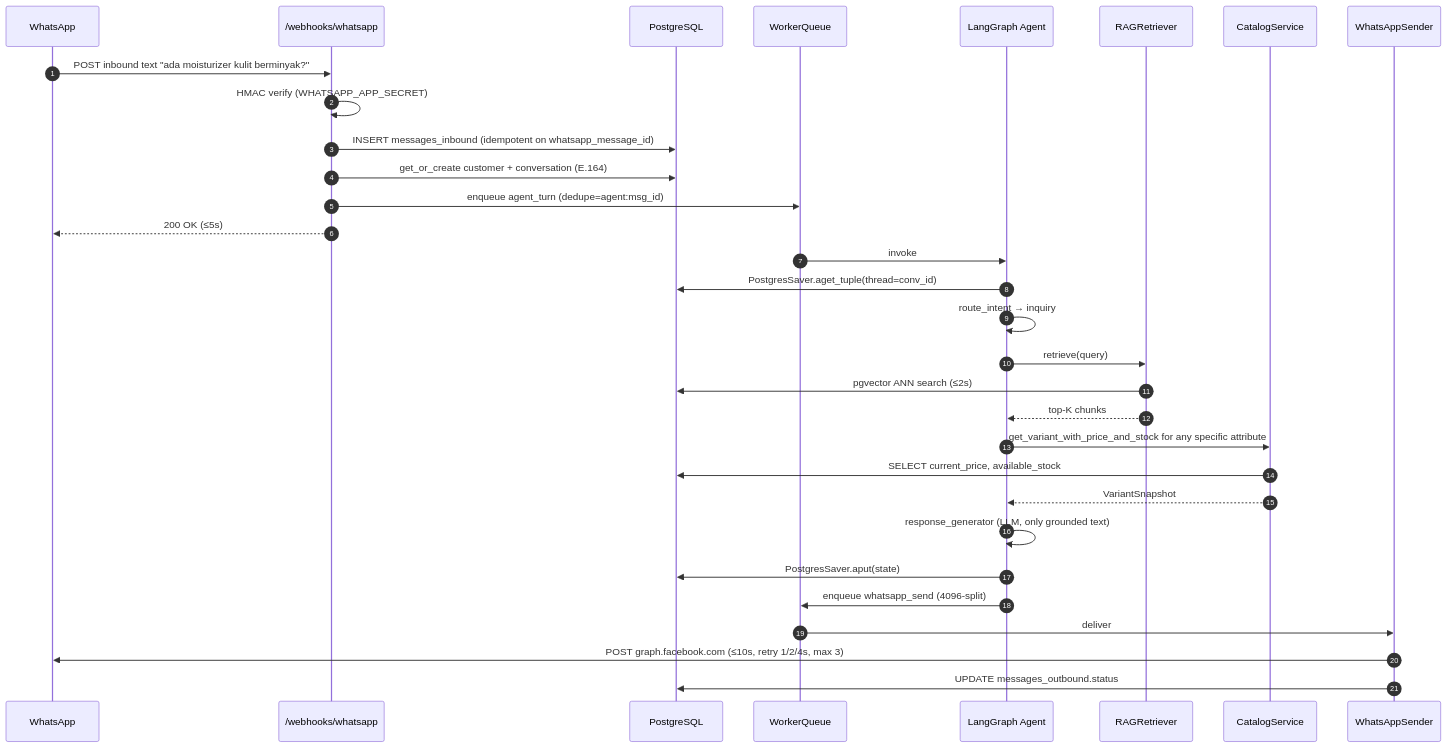
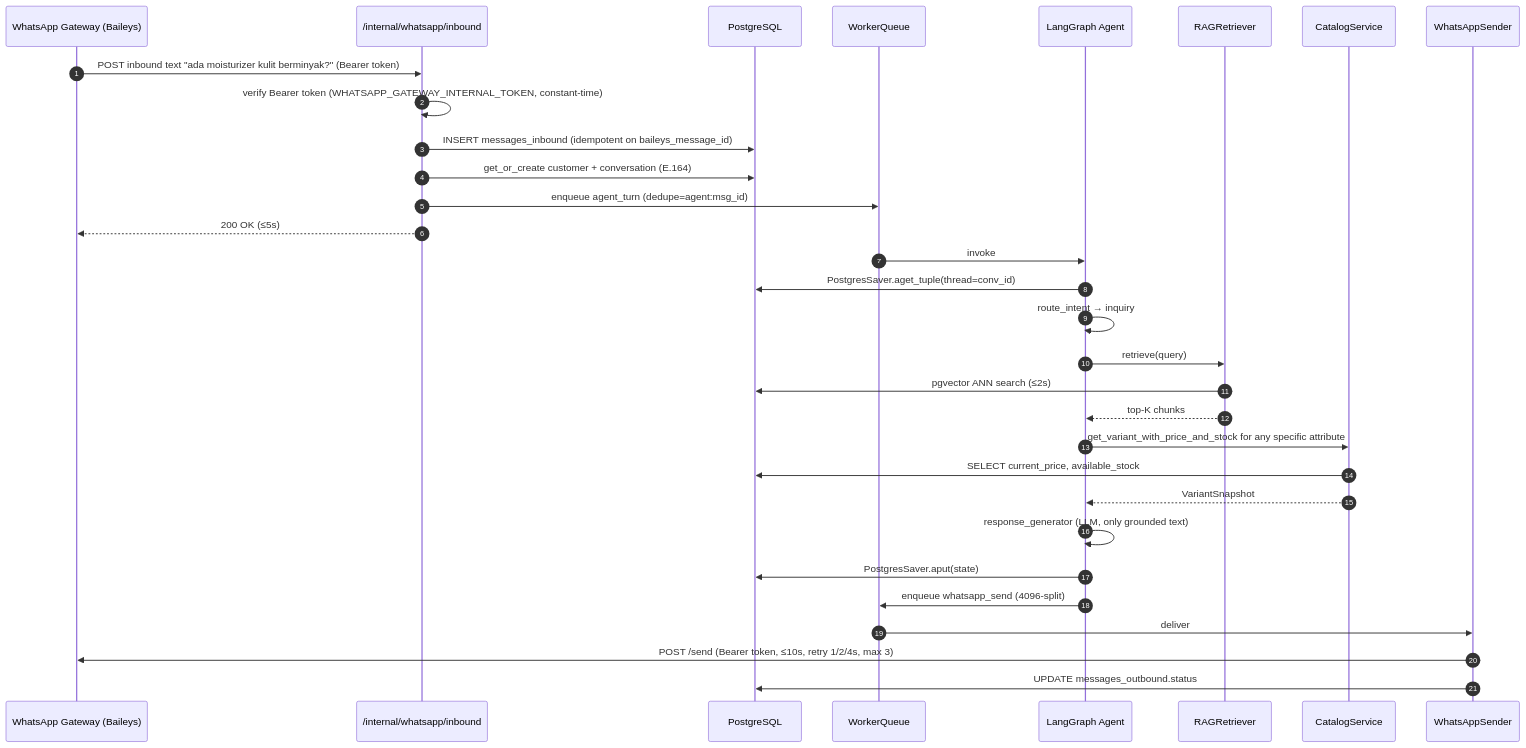
Before and after one commit to sofianfadli95/whatsapp_ai_agent: the ninth of 11 diagrams in .kiro/specs/whatsapp-sales-agent-mvp/design.md, drawn with Mermaid. The commit also changed other lines of this file and 128 other files, not shown here.

````diff
--- a/.kiro/specs/whatsapp-sales-agent-mvp/design.md
+++ b/.kiro/specs/whatsapp-sales-agent-mvp/design.md
@@ -1693,33 +1685,33 @@
 ```mermaid
 sequenceDiagram
     autonumber
-    participant WA as WhatsApp
-    participant API as /webhooks/whatsapp
+    participant WA_GW as WhatsApp Gateway (Baileys)
+    participant API as /internal/whatsapp/inbound
     participant DB as PostgreSQL
     participant Q as WorkerQueue
     participant AGT as LangGraph Agent
     participant RAG as RAGRetriever
     participant CAT as CatalogService
     participant W as WhatsAppSender
-    WA->>API: POST inbound text "ada moisturizer kulit berminyak?"
-    API->>API: HMAC verify (WHATSAPP_APP_SECRET)
-    API->>DB: INSERT messages_inbound (idempotent on whatsapp_message_id)
+    WA_GW->>API: POST inbound text "ada moisturizer kulit berminyak?" (Bearer token)
+    API->>API: verify Bearer token (WHATSAPP_GATEWAY_INTERNAL_TOKEN, constant-time)
+    API->>DB: INSERT messages_inbound (idempotent on baileys_message_id)
     API->>DB: get_or_create customer + conversation (E.164)
     API->>Q: enqueue agent_turn (dedupe=agent:msg_id)
-    API-->>WA: 200 OK (≤5s)
+    API-->>WA_GW: 200 OK (≤5s)
     Q->>AGT: invoke
     AGT->>DB: PostgresSaver.aget_tuple(thread=conv_id)
     AGT->>AGT: route_intent → inquiry
     AGT->>RAG: retrieve(query)
     RAG->>DB: pgvector ANN search (≤2s)
     RAG-->>AGT: top-K chunks
     AGT->>CAT: get_variant_with_price_and_stock for any specific attribute
     CAT->>DB: SELECT current_price, available_stock
     CAT-->>AGT: VariantSnapshot
     AGT->>AGT: response_generator (LLM, only grounded text)
     AGT->>DB: PostgresSaver.aput(state)
     AGT->>Q: enqueue whatsapp_send (4096-split)
     Q->>W: deliver
-    W->>WA: POST graph.facebook.com (≤10s, retry 1/2/4s, max 3)
+    W->>WA_GW: POST /send (Bearer token, ≤10s, retry 1/2/4s, max 3)
     W->>DB: UPDATE messages_outbound.status
 ```
````
